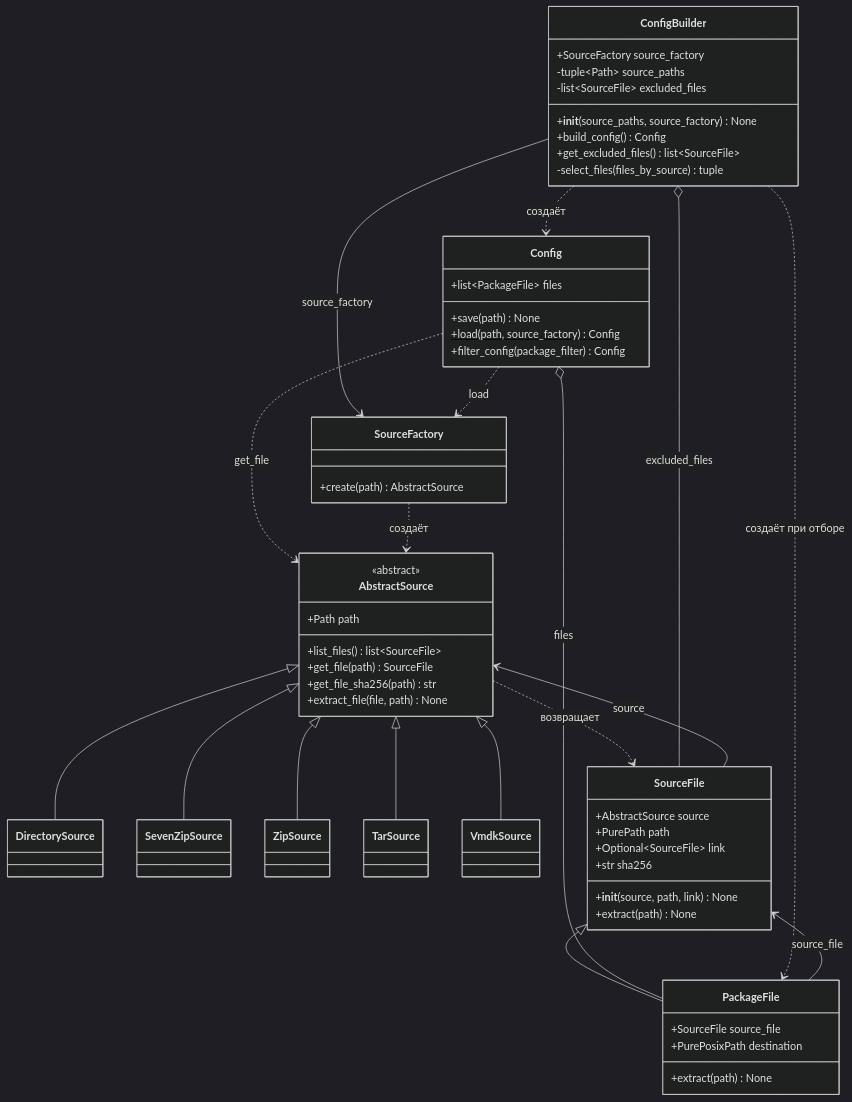
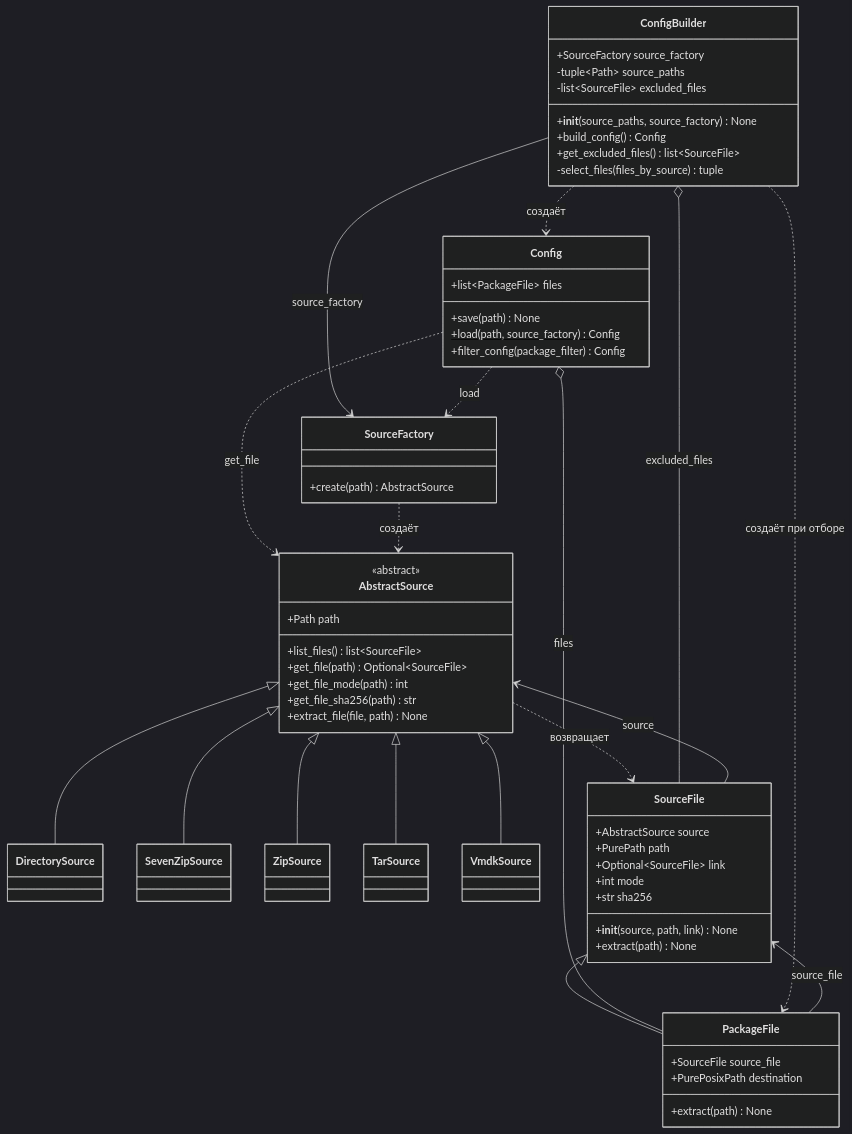
Before and after one commit to CPiracy/PWServer: the first of 2 diagrams in research/package-builder-file-flow.ru.md, drawn with Mermaid (dark theme). The commit also changed other lines of this file, not shown here.

Commit message:
Update package builder source documentation

````diff
--- a/research/package-builder-file-flow.ru.md
+++ b/research/package-builder-file-flow.ru.md
@@ -7,74 +7,76 @@
 ```mermaid
 classDiagram
     direction TB
 
     class AbstractSource {
         <<abstract>>
         +Path path
         +list_files() list~SourceFile~
-        +get_file(path) SourceFile
+        +get_file(path) Optional~SourceFile~
+        +get_file_mode(path) int
         +get_file_sha256(path) str
         +extract_file(file, path) None
     }
 
     class DirectorySource
     class SevenZipSource
     class ZipSource
     class TarSource
     class VmdkSource
 
     class SourceFile {
         +__init__(source, path, link) None
         +AbstractSource source
         +PurePath path
         +Optional~SourceFile~ link
+        +int mode
         +str sha256
         +extract(path) None
     }
 
 
     class PackageFile {
         +SourceFile source_file
         +PurePosixPath destination
         +extract(path) None
     }
 
     class ConfigBuilder {
         +SourceFactory source_factory
         -tuple~Path~ source_paths
         -list~SourceFile~ excluded_files
         +__init__(source_paths, source_factory) None
         +build_config() Config
         +get_excluded_files() list~SourceFile~
         -select_files(files_by_source) tuple
     }
 
     class Config {
         +list~PackageFile~ files
         +save(path) None
         +load(path, source_factory) Config$
         +filter_config(package_filter) Config
     }
 
     class SourceFactory {
         +create(path) AbstractSource
     }
 
     AbstractSource <|-- DirectorySource
     AbstractSource <|-- SevenZipSource
     AbstractSource <|-- ZipSource
     AbstractSource <|-- TarSource
     AbstractSource <|-- VmdkSource
     SourceFile <|-- PackageFile
     AbstractSource ..> SourceFile : возвращает
     SourceFile --> AbstractSource : source
     PackageFile --> SourceFile : source_file
     Config o-- PackageFile : files
     ConfigBuilder o-- SourceFile : excluded_files
     ConfigBuilder ..> PackageFile : создаёт при отборе
     ConfigBuilder --> SourceFactory : source_factory
     ConfigBuilder ..> Config : создаёт
     Config ..> SourceFactory : load
     Config ..> AbstractSource : get_file
     SourceFactory ..> AbstractSource : создаёт
 ```
````
